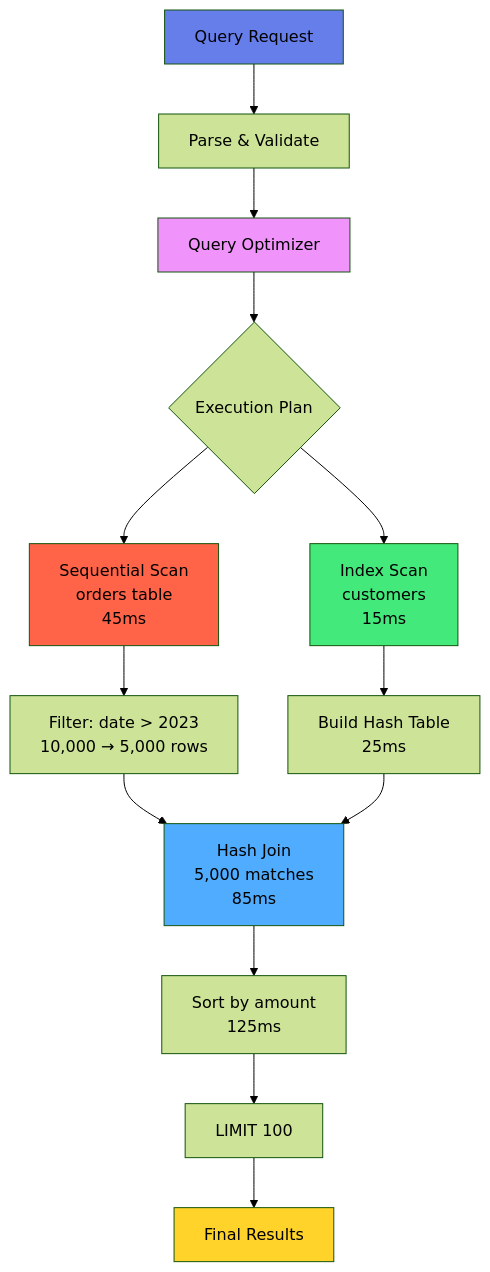
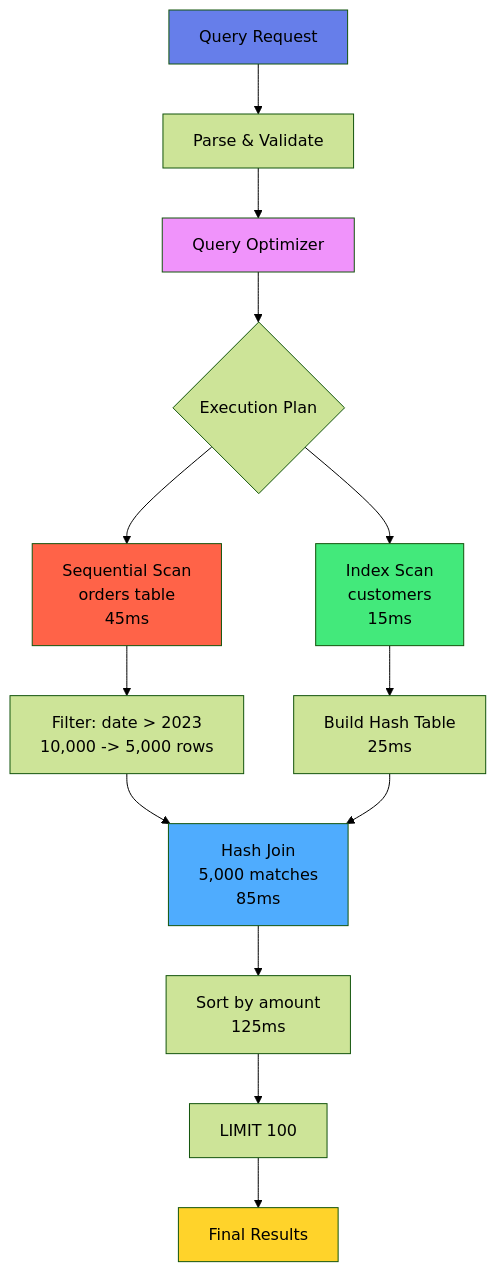
The first of 6 diagrams in compendium/chapter_21_performance.md (makr-code/ThemisDB), drawn with Mermaid (forest theme) before and after one commit. The commit also changed other lines of this file and 19 other files, not shown here.

First line of the commit message:
Refactor Mermaid syntax and improve documentation consistency across chapters

````diff
--- a/compendium/chapter_21_performance.md
+++ b/compendium/chapter_21_performance.md
@@ -34,27 +34,27 @@
 ```mermaid
 flowchart TD
     Start[Query Request] --> Parse[Parse & Validate]
     Parse --> Optimize[Query Optimizer]
     
     Optimize --> Plan{Execution Plan}
     
     Plan --> SeqScan[Sequential Scan<br/>orders table<br/>45ms]
     Plan --> IdxScan[Index Scan<br/>customers<br/>15ms]
     
-    SeqScan --> Filter[Filter: date > 2023<br/>10,000 → 5,000 rows]
+    SeqScan --> Filter[Filter: date > 2023<br/>10,000 -> 5,000 rows]
     IdxScan --> Hash[Build Hash Table<br/>25ms]
     
     Filter --> Join[Hash Join<br/>5,000 matches<br/>85ms]
     Hash --> Join
     
     Join --> Sort[Sort by amount<br/>125ms]
     Sort --> Limit[LIMIT 100]
     Limit --> Result[Final Results]
     
     style Start fill:#667eea
     style Optimize fill:#f093fb
     style SeqScan fill:#ff6348
     style IdxScan fill:#43e97b
     style Join fill:#4facfe
     style Result fill:#ffd32a
 ```
````
